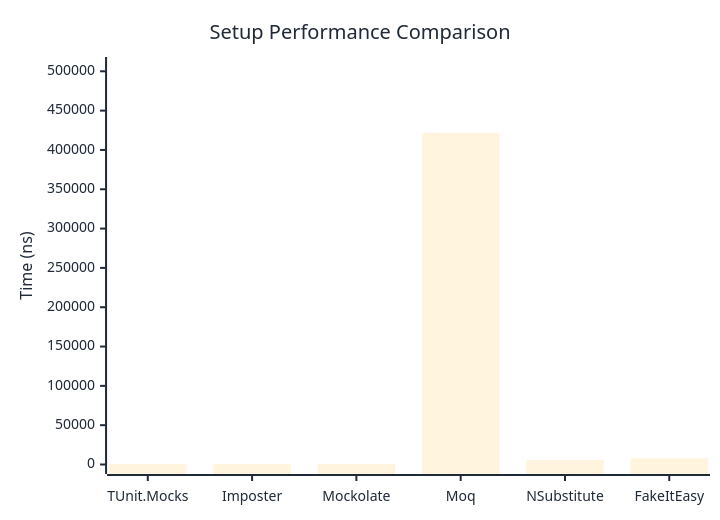
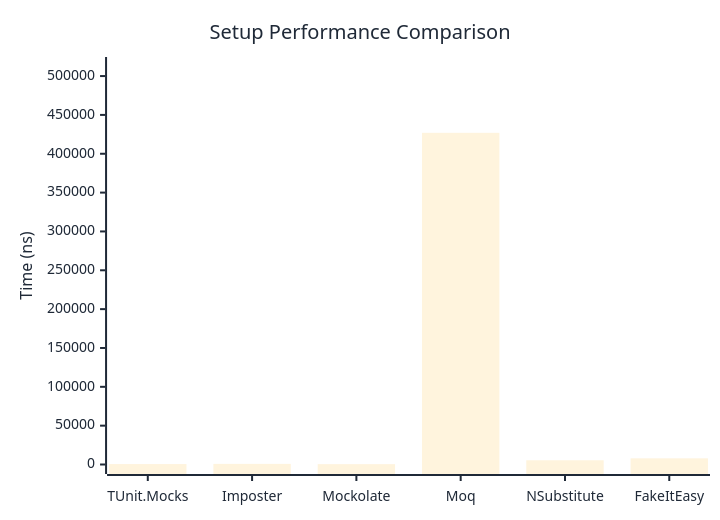
The first of 2 diagrams in docs/docs/benchmarks/mocks/Setup.md (thomhurst/TUnit), drawn with Mermaid before and after one commit. The commit also changed other lines of this file and 14 other files, not shown here.

````diff
--- a/docs/docs/benchmarks/mocks/Setup.md
+++ b/docs/docs/benchmarks/mocks/Setup.md
@@ -28,27 +28,27 @@
 ```mermaid
 %%{init: {
   'theme':'base',
   'themeVariables': {
     'primaryColor': '#2563eb',
     'primaryTextColor': '#1f2937',
     'primaryBorderColor': '#1e40af',
     'lineColor': '#6b7280',
     'secondaryColor': '#7c3aed',
     'tertiaryColor': '#dc2626',
     'background': '#ffffff',
     'pie1': '#2563eb',
     'pie2': '#7c3aed',
     'pie3': '#dc2626',
     'pie4': '#f59e0b',
     'pie5': '#10b981',
     'pie6': '#06b6d4',
     'pie7': '#ec4899',
     'pie8': '#6366f1'
   }
 }}%%
 xychart-beta
   title "Setup Performance Comparison"
   x-axis ["TUnit.Mocks", "Imposter", "Mockolate", "Moq", "NSubstitute", "FakeItEasy"]
-  y-axis "Time (ns)" 0 --> 506106
-  bar [524.9, 828.1, 472.7, 421754.9, 5616.3, 8118.4]
+  y-axis "Time (ns)" 0 --> 512316
+  bar [537.9, 807.6, 443.5, 426929.6, 5439.6, 7932.6]
 ```
````
